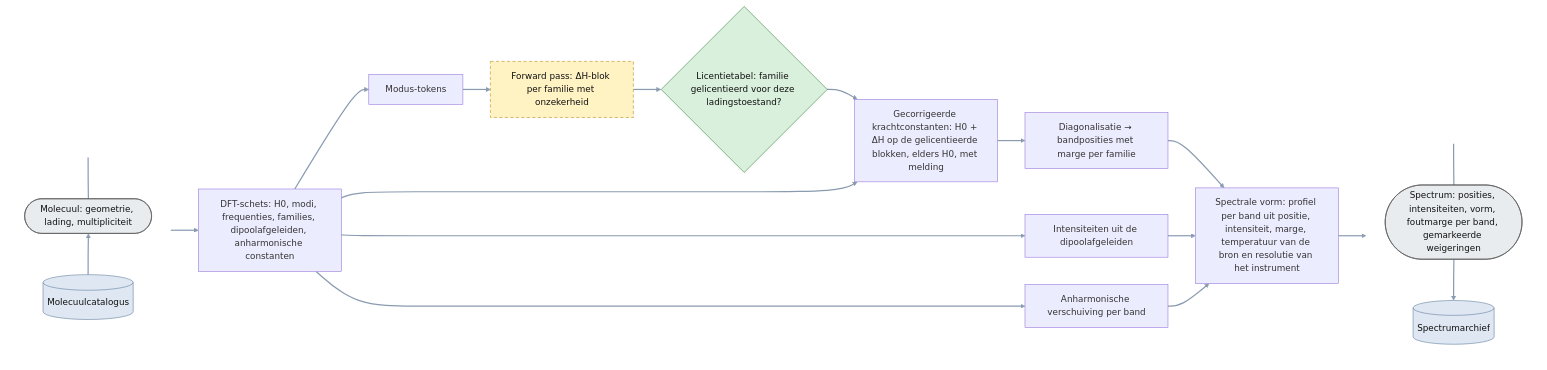
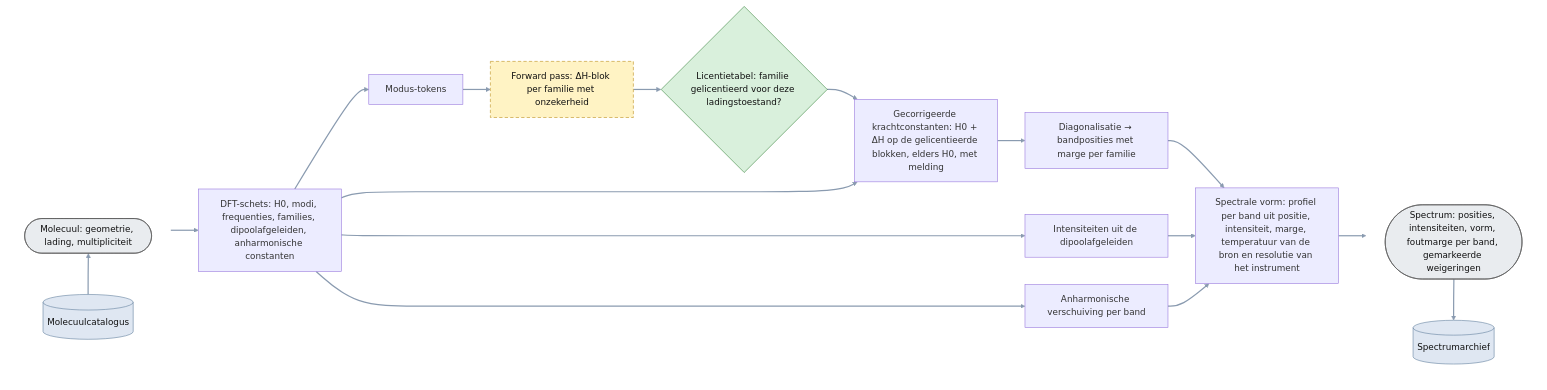
The diagram in plans/05_delta-probed-ir-pipeline/GoalGathering/architecture/30_pipeline.mmd (thebreadishard/udacity-capstone-plan), drawn with Mermaid before and after one commit. The commit also changed 5 other files, not shown here.

Commit message:
Plan 05 architecture: taller invisible spacers with index-styled invisible links (no ~~~), data objects aligned with the neighbouring step in a local Mermaid 11 render; preview page for self-checking before commits

```diff
--- a/plans/05_delta-probed-ir-pipeline/GoalGathering/architecture/30_pipeline.mmd
+++ b/plans/05_delta-probed-ir-pipeline/GoalGathering/architecture/30_pipeline.mmd
@@ -1,48 +1,52 @@
 %% Pipeline (niveau 3): wat er staat als onderzoek en training klaar zijn. Een molecuul zonder laboratoriumspectrum in, een spectrum met foutmarge uit.
 %% Rechthoek = processtap; ronde uiteinden = data-object; cilinder = opslag (onder het data-object); ruit = poort. Gestippeld = nog niet gebouwd. De forward pass is één figuurtje.
 flowchart LR
   linkStyle default stroke:#8a9bb0,stroke-width:2.2px
   classDef planned stroke-dasharray: 6 4,stroke:#b8860b,fill:#fff3c4,color:#111
   classDef data fill:#e9ecef,stroke:#555,color:#111
   classDef gate fill:#d9f0dc,stroke:#2e7d32,color:#111
   classDef store fill:#dfe7f2,stroke:#5b7a99,color:#111
   classDef ext fill:#cfd8e3,stroke:#3d5a80,color:#111
 
   subgraph IN [" "]
     direction BT
     MOL(["Molecuul: geometrie, lading, multipliciteit"]):::data
     CAT[("Molecuulcatalogus")]:::store
     CAT --> MOL
-    SP0[" "]
-    MOL ~~~ SP0
+    SP0["&nbsp;<br/>&nbsp;<br/>&nbsp;"]
   end
-  style SP0 fill:none,stroke:none,color:transparent
   SK["DFT-schets: H0, modi, frequenties, families, dipoolafgeleiden, anharmonische constanten"]
   TOK["Modus-tokens"]
   FWD["Forward pass: ΔH-blok per familie met onzekerheid"]:::planned
   GATE{"Licentietabel: familie gelicentieerd voor deze ladingstoestand?"}:::gate
   APPLY["Gecorrigeerde krachtconstanten: H0 + ΔH op de gelicentieerde blokken, elders H0, met melding"]
   EIG["Diagonalisatie → bandposities met marge per familie"]
   INT["Intensiteiten uit de dipoolafgeleiden"]
   ANH["Anharmonische verschuiving per band"]
   SHAPE["Spectrale vorm: profiel per band uit positie, intensiteit, marge, temperatuur van de bron en resolutie van het instrument"]
   subgraph OUT [" "]
     direction TB
     SPEC(["Spectrum: posities, intensiteiten, vorm, foutmarge per band, gemarkeerde weigeringen"]):::data
     SPECS[("Spectrumarchief")]:::store
     SPEC --> SPECS
-    SP1[" "]
-    SP1 ~~~ SPEC
+    SP1["&nbsp;<br/>&nbsp;<br/>&nbsp;"]
   end
-  style SP1 fill:none,stroke:none,color:transparent
   style IN fill:none,stroke:none
   style OUT fill:none,stroke:none
 
   IN --> SK --> TOK --> FWD
   FWD --> GATE
   GATE --> APPLY
   SK --> APPLY
   APPLY --> EIG --> SHAPE
   SK --> INT --> SHAPE
   SK --> ANH --> SHAPE
   SHAPE --> OUT
+
+  %% onzichtbare vulknopen boven de data-objecten (uitlijning met de naaste stap); hun verbindingen zijn weggestyled
+  MOL --- SP0
+  SP1 --- SPEC
+  linkStyle 15 stroke:none,stroke-width:0px
+  linkStyle 16 stroke:none,stroke-width:0px
+  style SP0 fill:none,stroke:none,color:transparent
+  style SP1 fill:none,stroke:none,color:transparent
```
